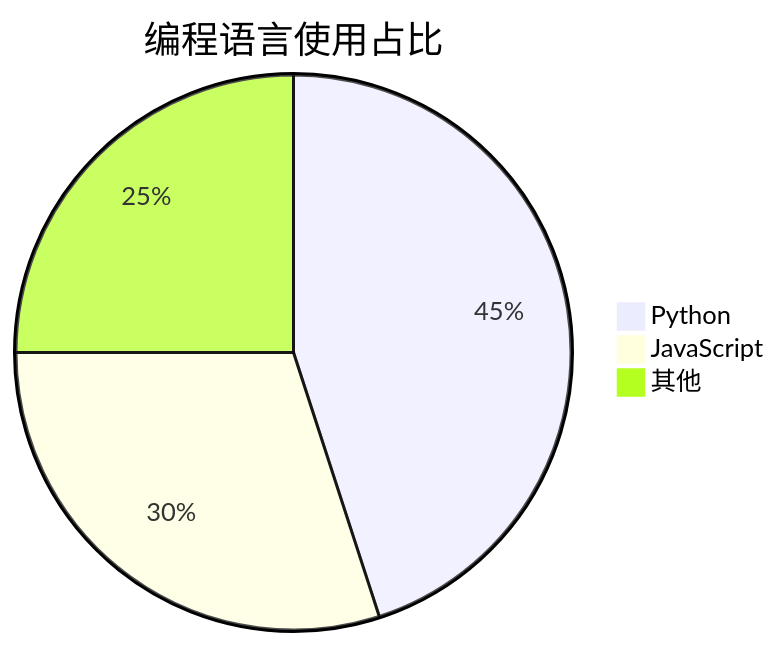
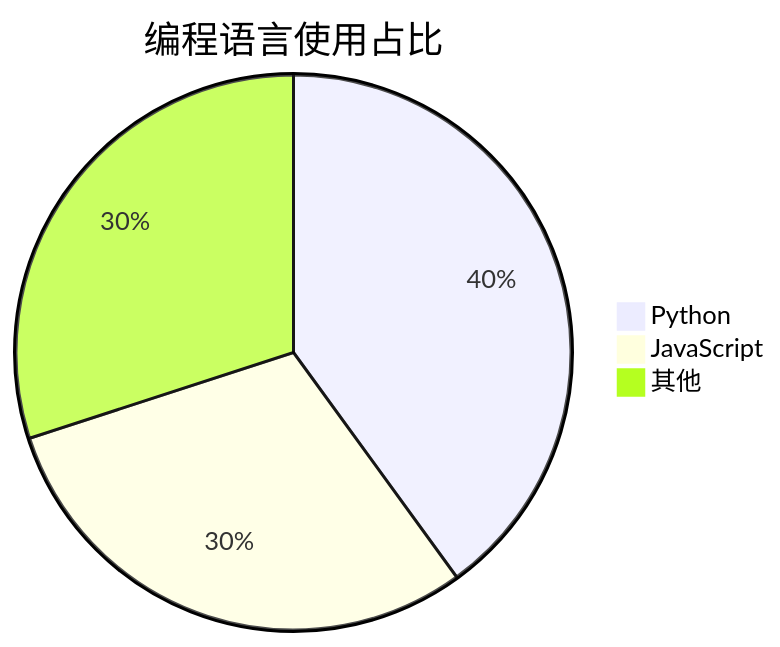
One commit to wephiles/Notes changed the first of 2 diagrams in grammar.md. Above: the diagram before and after it, drawn with Mermaid. The commit also changed other lines of this file and 32 other files, not shown here.

````diff
--- a/grammar.md
+++ b/grammar.md
@@ -137,6 +140,6 @@
 ```mermaid
 pie title 编程语言使用占比
-    "Python" : 45
+    "Python" : 40
     "JavaScript" : 30
-    "其他" : 25
+    "其他" : 30
 ```
````
